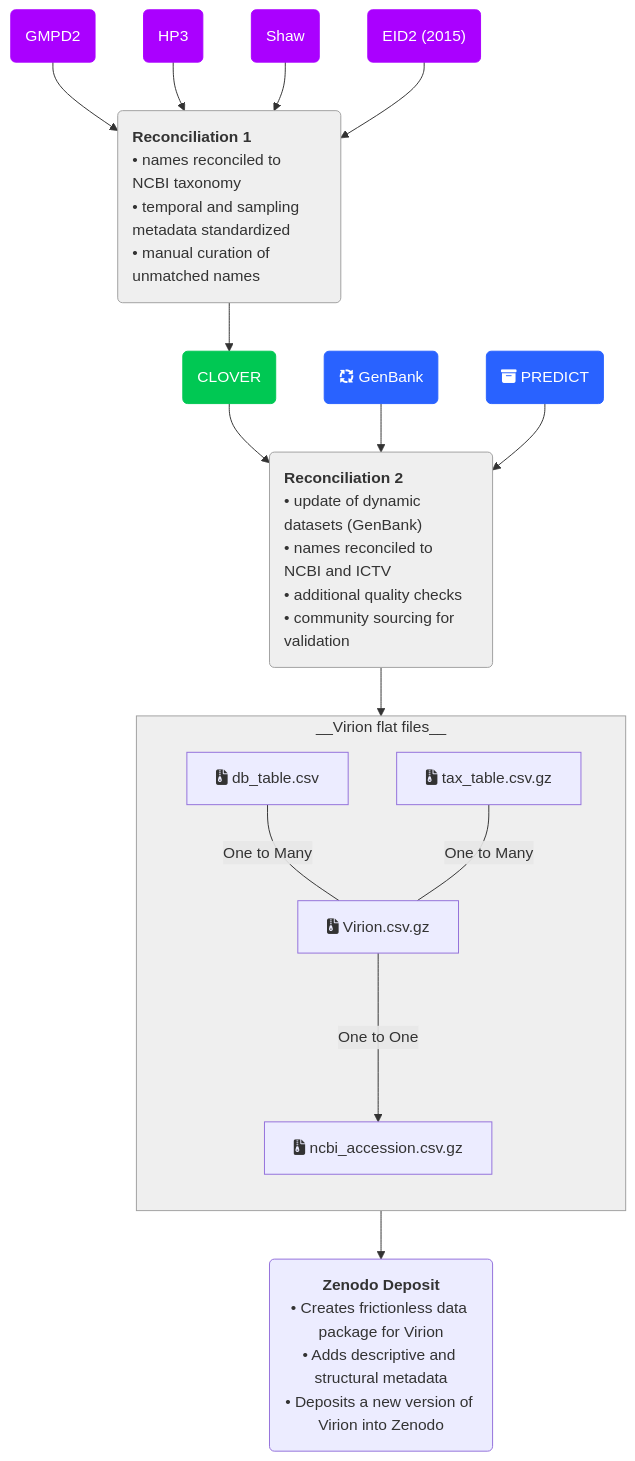
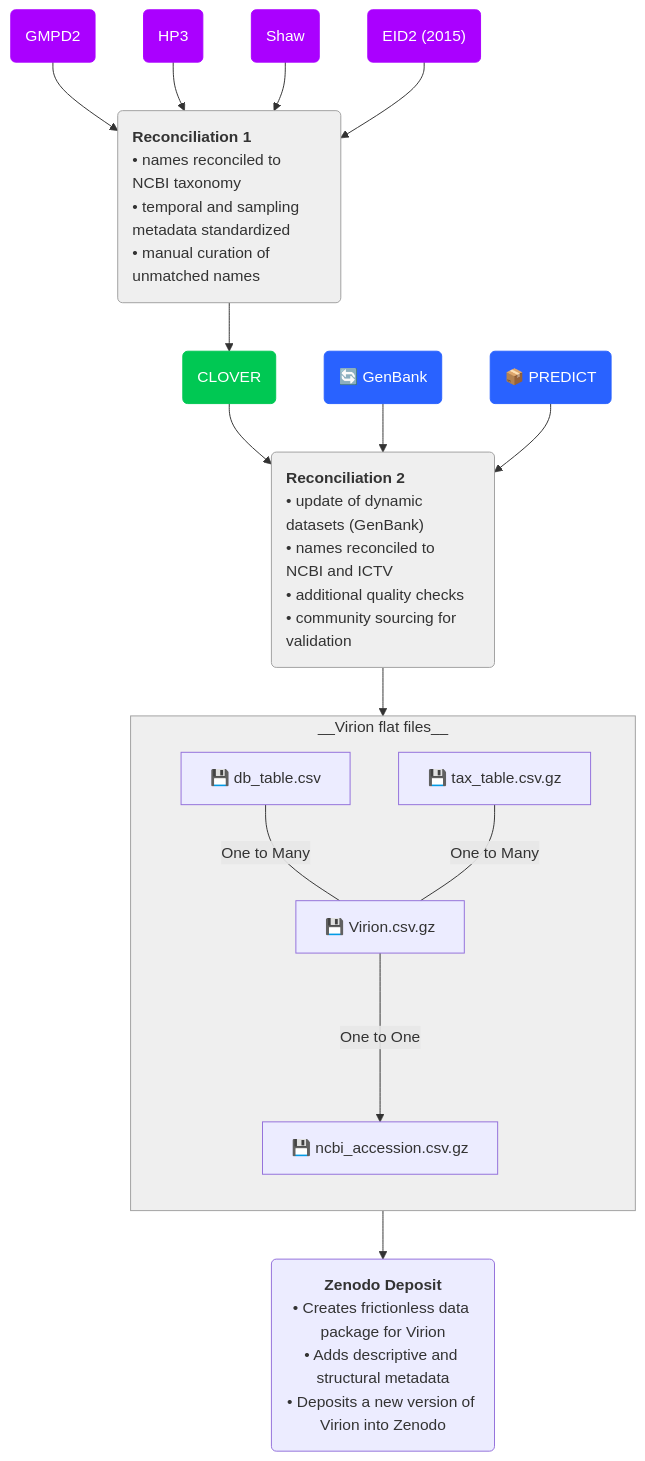
The diagram in README.md (viralemergence/virion), drawn with Mermaid before and after one commit.

Commit message:
replacing fa icons with emojis

````diff
--- a/README.md
+++ b/README.md
@@ -63,81 +63,81 @@
 ```mermaid
 flowchart TB
 
 %% Nodes
     GMPD2("GMPD2")
     HP3("HP3")
     Shaw("Shaw")
     EID2("EID2 (2015)")
 
     RECON1("`
 __Reconciliation 1__
 • names reconciled to NCBI taxonomy
 • temporal and sampling metadata standardized
 • manual curation of unmatched names
 `")
 
     style RECON1 text-align:left, fill:#efefef, stroke:#a0a0a0;
     style RECON2 text-align:left, fill:#efefef, stroke:#a0a0a0;
 
     CLOVER("CLOVER")
 
-    GenBank("fa:fa-arrows-spin GenBank")
+    GenBank("🔄 GenBank")
 
-    PREDICT("fa:fa-box-archive PREDICT")
+    PREDICT("📦 PREDICT")
 
     RECON2("`__Reconciliation 2__
 • update of dynamic datasets (GenBank)
 • names reconciled to NCBI and ICTV
 • additional quality checks
 • community sourcing for validation
 `")
 
 
     subgraph virion[__Virion flat files__]
-        Virion["fa:fa-file-zipper Virion.csv.gz"]
-        db_table["fa:fa-file-zipper db_table.csv"]
-        tax_table["fa:fa-file-zipper tax_table.csv.gz"]
-        ncbi_accession["fa:fa-file-zipper ncbi_accession.csv.gz"]
+        Virion["💾 Virion.csv.gz"]
+        db_table["💾 db_table.csv"]
+        tax_table["💾 tax_table.csv.gz"]
+        ncbi_accession["💾 ncbi_accession.csv.gz"]
         direction TB
         db_table --"One to Many"--- Virion
         tax_table --"One to Many"--- Virion
         Virion --"One to One"---> ncbi_accession
     end
 
     style virion stroke:#a0a0a0, fill:#efefef;
 
     ZenodoDeposit("`
 __Zenodo Deposit__
 • Creates frictionless data package for Virion
 • Adds descriptive and structural metadata
 • Deposits a new version of Virion into Zenodo
 `")
 
 %% Edge connections between nodes
     GMPD2 --> RECON1;
     HP3 --> RECON1;
     Shaw --> RECON1;
     EID2 --> RECON1;
     RECON1 --> CLOVER;
 
     CLOVER --> RECON2;
     GenBank --> RECON2;
     PREDICT --> RECON2;
 
     RECON2 --> virion;
 
     virion --> ZenodoDeposit;
 
 %% Individual node styling. Try the visual editor toolbar for easier styling!
     style GMPD2 color:#FFFFFF, fill:#AA00FF, stroke:#AA00FF
     style HP3 color:#FFFFFF, fill:#AA00FF, stroke:#AA00FF
     style Shaw color:#FFFFFF, fill:#AA00FF, stroke:#AA00FF
     style EID2 color:#FFFFFF, fill:#AA00FF, stroke:#AA00FF
 
     style CLOVER color:#FFFFFF, stroke:#00C853, fill:#00C853
 
     style GenBank color:#FFFFFF, stroke:#2962FF, fill:#2962FF
     style PREDICT color:#FFFFFF, stroke:#2962FF, fill:#2962FF
 
 %% You can add notes with two "%" signs in a row!
 ```
````
